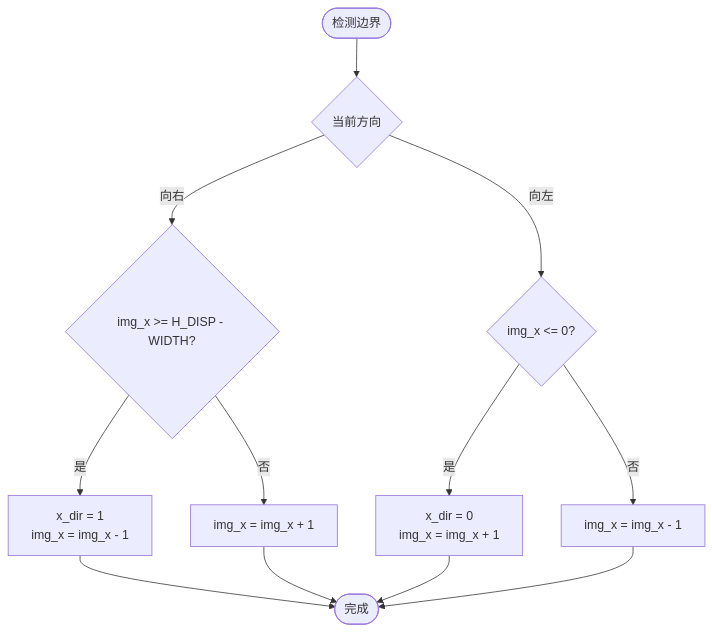
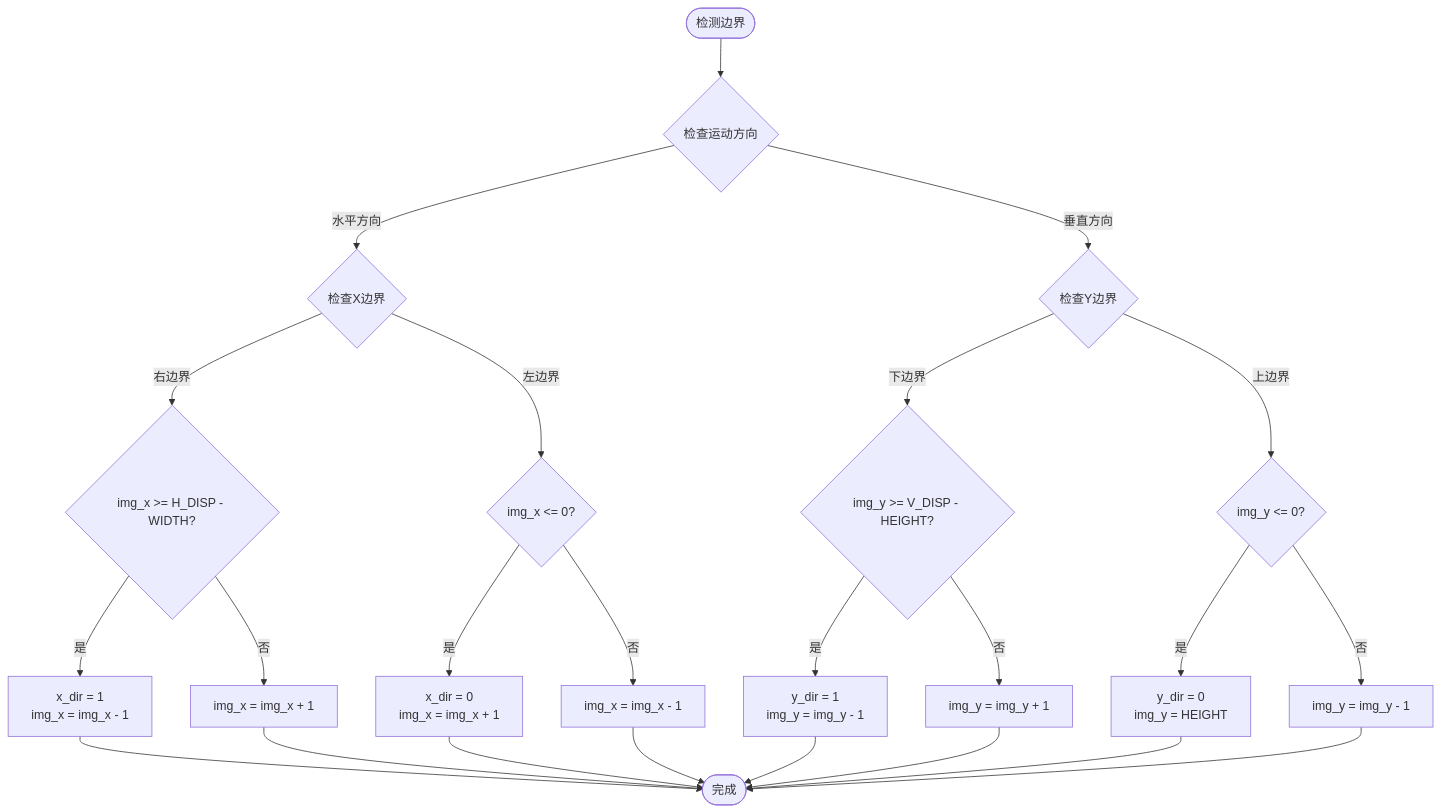
Before and after one commit to soupherexd/LCD_ROM_PIC: the tenth of 16 diagrams in .qoder/repowiki/zh/content/运动控制.md, drawn with Mermaid. The commit also changed other lines of this file and 5 other files, not shown here.

````diff
--- a/.qoder/repowiki/zh/content/运动控制.md
+++ b/.qoder/repowiki/zh/content/运动控制.md
@@ -306,14 +334,26 @@
 ```mermaid
 flowchart TD
-Start([检测边界]) --> CheckDir{"当前方向"}
-CheckDir --> |向右| CheckRightEdge{"img_x >= H_DISP - WIDTH?"}
-CheckDir --> |向左| CheckLeftEdge{"img_x <= 0?"}
-CheckRightEdge --> |是| ChangeToRight["x_dir = 1<br/>img_x = img_x - 1"]
-CheckRightEdge --> |否| MoveRight["img_x = img_x + 1"]
-CheckLeftEdge --> |是| ChangeToLeft["x_dir = 0<br/>img_x = img_x + 1"]
-CheckLeftEdge --> |否| MoveLeft["img_x = img_x - 1"]
+Start([检测边界]) --> CheckDirection{"检查运动方向"}
+CheckDirection --> |水平方向| CheckXEdge{"检查X边界"}
+CheckDirection --> |垂直方向| CheckYEdge{"检查Y边界"}
+CheckXEdge --> |右边界| RightBound{"img_x >= H_DISP - WIDTH?"}
+CheckXEdge --> |左边界| LeftBound{"img_x <= 0?"}
+RightBound --> |是| ChangeToRight["x_dir = 1<br/>img_x = img_x - 1"]
+RightBound --> |否| MoveRight["img_x = img_x + 1"]
+LeftBound --> |是| ChangeToLeft["x_dir = 0<br/>img_x = img_x + 1"]
+LeftBound --> |否| MoveLeft["img_x = img_x - 1"]
+CheckYEdge --> |下边界| BottomBound{"img_y >= V_DISP - HEIGHT?"}
+CheckYEdge --> |上边界| TopBound{"img_y <= 0?"}
+BottomBound --> |是| ChangeToBottom["y_dir = 1<br/>img_y = img_y - 1"]
+BottomBound --> |否| MoveDown["img_y = img_y + 1"]
+TopBound --> |是| ChangeToTop["y_dir = 0<br/>img_y = HEIGHT"]
+TopBound --> |否| MoveUp["img_y = img_y - 1"]
 ChangeToRight --> End([完成])
 MoveRight --> End
 ChangeToLeft --> End
 MoveLeft --> End
+ChangeToBottom --> End
+MoveDown --> End
+ChangeToTop --> End
+MoveUp --> End
 ```
````
